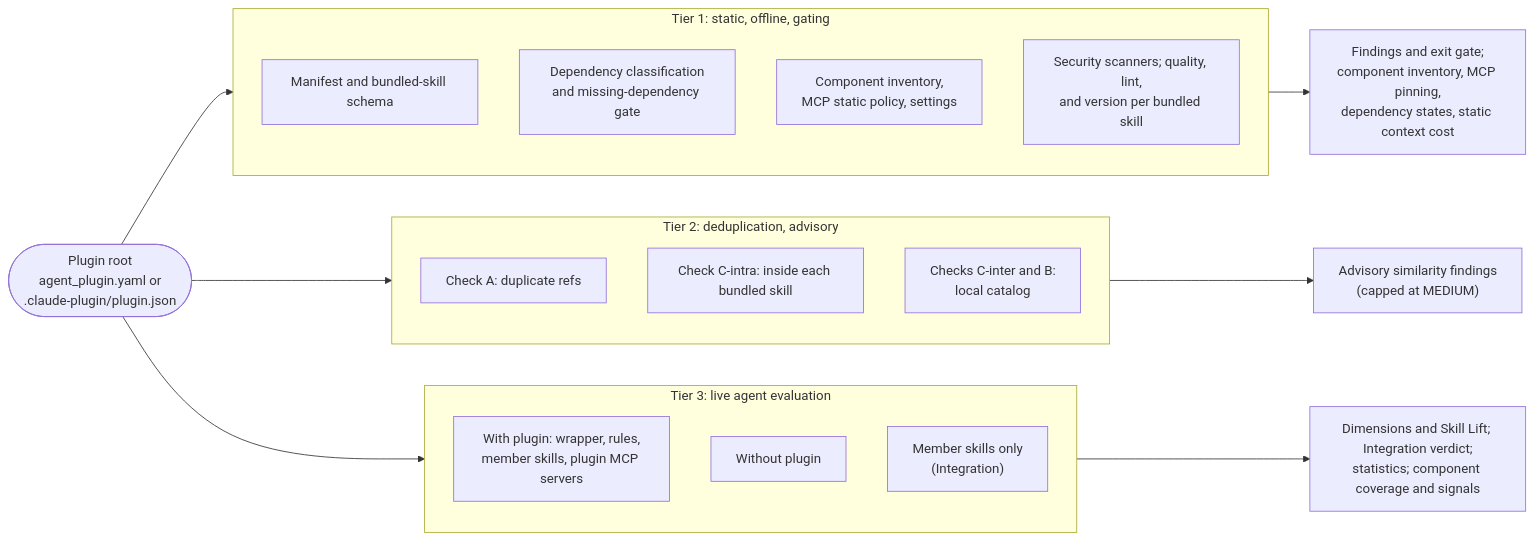
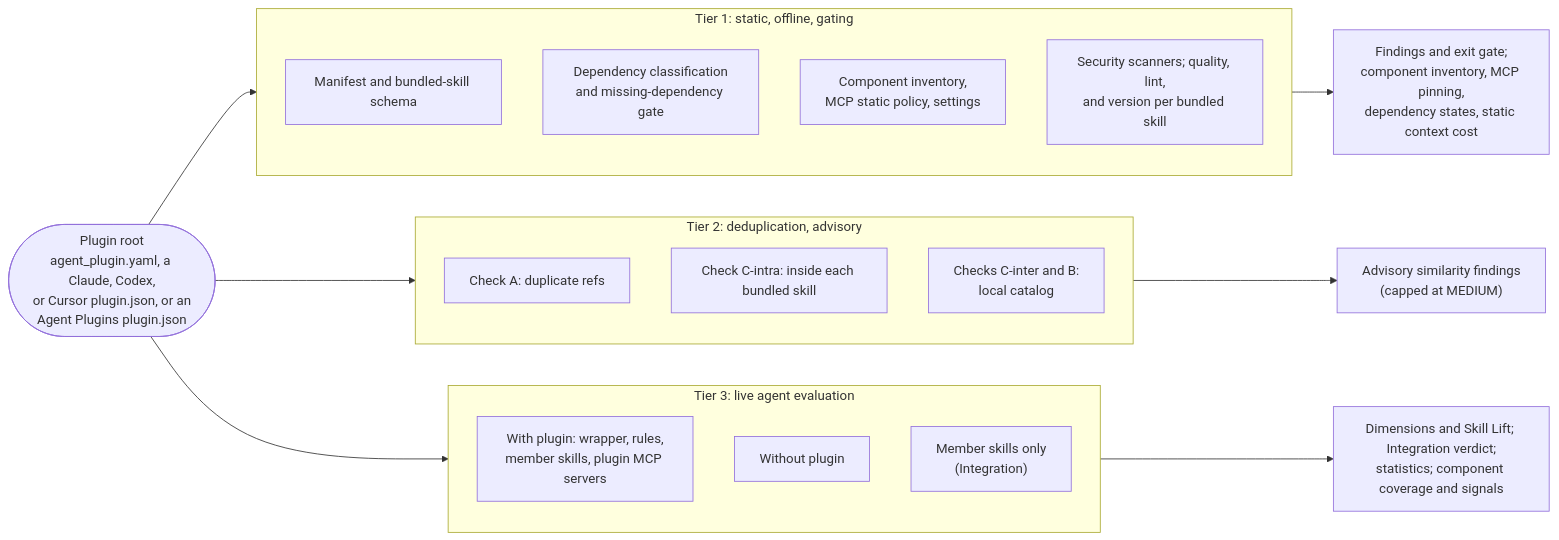
The diagram in docs/plugin-evaluation.mdx (NVIDIA/SkillEvaluator), drawn with Mermaid before and after one commit. The commit also changed other lines of this file and 13 other files, not shown here.

````diff
--- a/docs/plugin-evaluation.mdx
+++ b/docs/plugin-evaluation.mdx
@@ -31,33 +31,33 @@
 ```mermaid
 flowchart LR
-    P(["Plugin root<br/>agent_plugin.yaml or<br/>.claude-plugin/plugin.json"])
+    P(["Plugin root<br/>agent_plugin.yaml, a Claude, Codex,<br/>or Cursor plugin.json, or an<br/>Agent Plugins plugin.json"])
 
     subgraph T1["Tier 1: static, offline, gating"]
         direction TB
         T1A["Manifest and bundled-skill schema"]
         T1B["Dependency classification<br/>and missing-dependency gate"]
         T1C["Component inventory,<br/>MCP static policy, settings"]
         T1D["Security scanners; quality, lint,<br/>and version per bundled skill"]
     end
 
     subgraph T2["Tier 2: deduplication, advisory"]
         direction TB
         T2A["Check A: duplicate refs"]
         T2B["Check C-intra: inside each bundled skill"]
         T2C["Checks C-inter and B:<br/>local catalog"]
     end
 
     subgraph T3["Tier 3: live agent evaluation"]
         direction TB
         T3A["With plugin: wrapper, rules,<br/>member skills, plugin MCP servers"]
         T3B["Without plugin"]
         T3C["Member skills only<br/>(Integration)"]
     end
 
     P --> T1
     P --> T2
     P --> T3
     T1 --> O1["Findings and exit gate;<br/>component inventory, MCP pinning,<br/>dependency states, static context cost"]
     T2 --> O2["Advisory similarity findings<br/>(capped at MEDIUM)"]
     T3 --> O3["Dimensions and Skill Lift; Integration verdict;<br/>statistics; component coverage and signals"]
 ```
````
